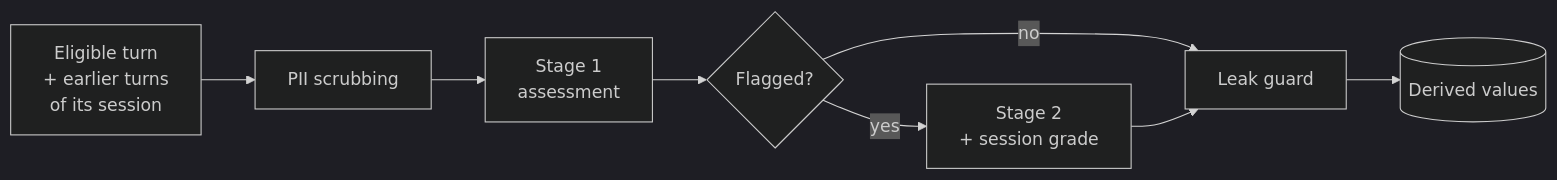
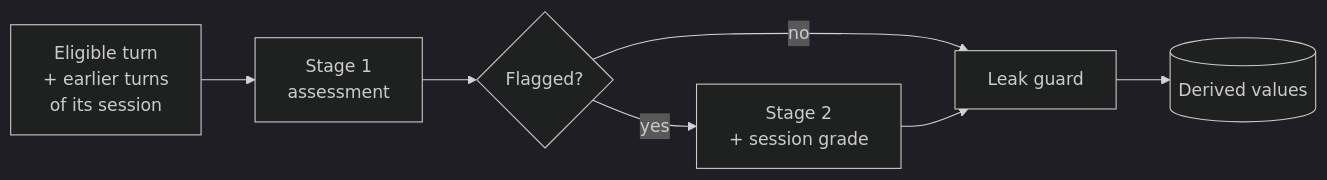
The second of 19 diagrams in design-doc.md (pborkowski-rtbh/conversation-analyzer), drawn with Mermaid (dark theme) before and after one commit. The commit also changed other lines of this file and 28 other files, not shown here.

First line of the commit message:
No PII scrubbing: design doc, plan item A3 and Jira issue 08

````diff
--- a/design-doc.md
+++ b/design-doc.md
@@ -208,10 +207,9 @@
 ```mermaid
 flowchart LR
-    A["Eligible turn<br/>+ earlier turns<br/>of its session"] --> B["PII scrubbing"]
-    B --> C["Stage 1<br/>assessment"]
+    A["Eligible turn<br/>+ earlier turns<br/>of its session"] --> C["Stage 1<br/>assessment"]
     C --> D{"Flagged?"}
     D -->|"no"| F["Leak guard"]
     D -->|"yes"| E["Stage 2<br/>+ session grade"]
     E --> F
     F --> G[("Derived values")]
 ```
````
